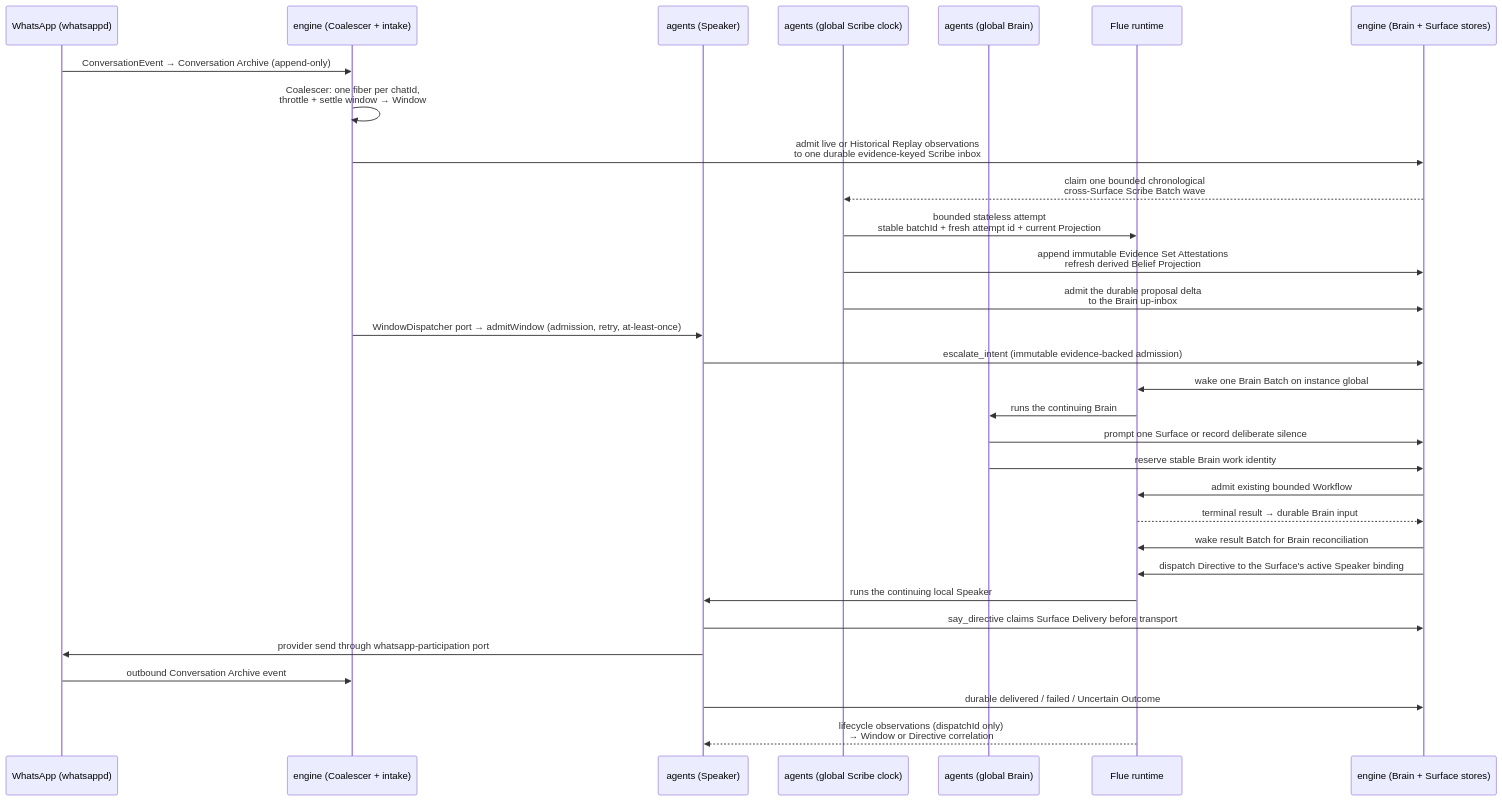
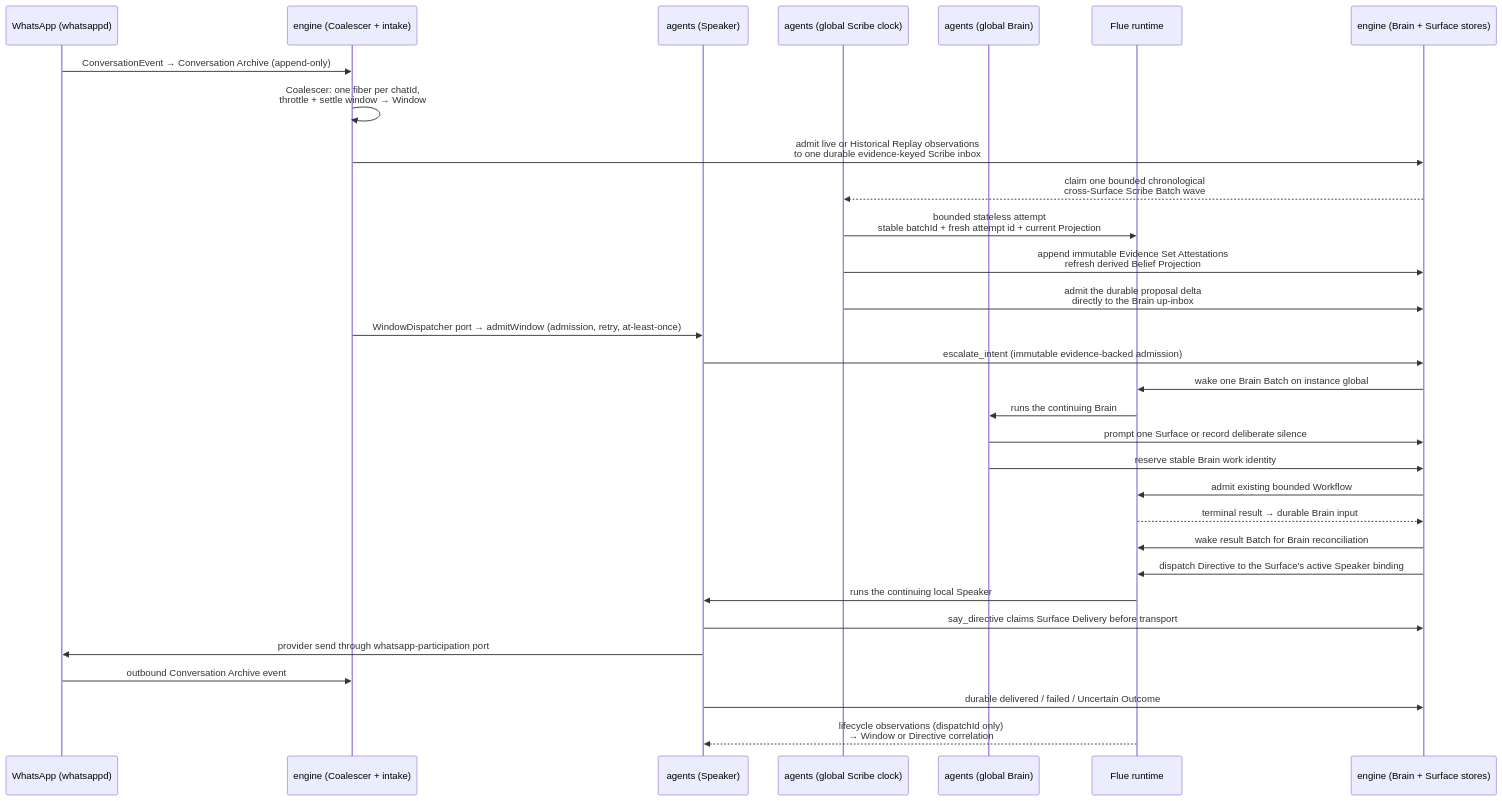
The second of 2 diagrams in docs/ARCHITECTURE.md (AaronAbuUsama/ambient-agent), drawn with Mermaid before and after one commit. The commit also changed other lines of this file and 6 other files, not shown here.

Commit message:
docs: define information accountability architecture

````diff
--- a/docs/ARCHITECTURE.md
+++ b/docs/ARCHITECTURE.md
@@ -49,34 +68,34 @@
 ```mermaid
 sequenceDiagram
   participant WA as WhatsApp (whatsappd)
   participant ENG as engine (Coalescer + intake)
   participant SP as agents (Speaker)
   participant SC as agents (global Scribe clock)
   participant BR as agents (global Brain)
   participant FLUE as Flue runtime
   participant DB as engine (Brain + Surface stores)
 
   WA->>ENG: ConversationEvent → Conversation Archive (append-only)
   ENG->>ENG: Coalescer: one fiber per chatId,<br/>throttle + settle window → Window
   ENG->>DB: admit live or Historical Replay observations<br/>to one durable evidence-keyed Scribe inbox
   DB-->>SC: claim one bounded chronological<br/>cross-Surface Scribe Batch wave
   SC->>FLUE: bounded stateless attempt<br/>stable batchId + fresh attempt id + current Projection
   SC->>DB: append immutable Evidence Set Attestations<br/>refresh derived Belief Projection
-  SC->>DB: admit the durable proposal delta<br/>to the Brain up-inbox
+  SC->>DB: admit the durable proposal delta<br/>directly to the Brain up-inbox
   ENG->>SP: WindowDispatcher port → admitWindow (admission, retry, at-least-once)
   SP->>DB: escalate_intent (immutable evidence-backed admission)
   DB->>FLUE: wake one Brain Batch on instance global
   FLUE->>BR: runs the continuing Brain
   BR->>DB: prompt one Surface or record deliberate silence
   BR->>DB: reserve stable Brain work identity
   DB->>FLUE: admit existing bounded Workflow
   FLUE-->>DB: terminal result → durable Brain input
   DB->>FLUE: wake result Batch for Brain reconciliation
   DB->>FLUE: dispatch Directive to the Surface's active Speaker binding
   FLUE->>SP: runs the continuing local Speaker
   SP->>DB: say_directive claims Surface Delivery before transport
   SP->>WA: provider send through whatsapp-participation port
   WA->>ENG: outbound Conversation Archive event
   SP->>DB: durable delivered / failed / Uncertain Outcome
   FLUE-->>SP: lifecycle observations (dispatchId only)<br/>→ Window or Directive correlation
 ```
````
